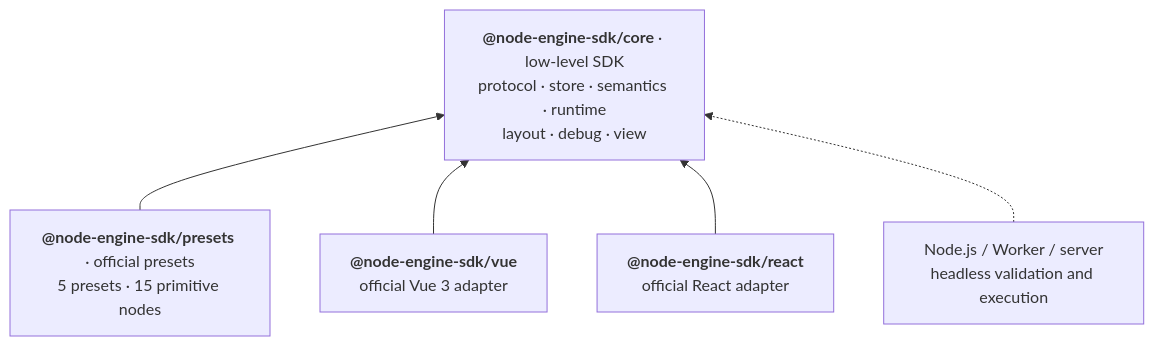
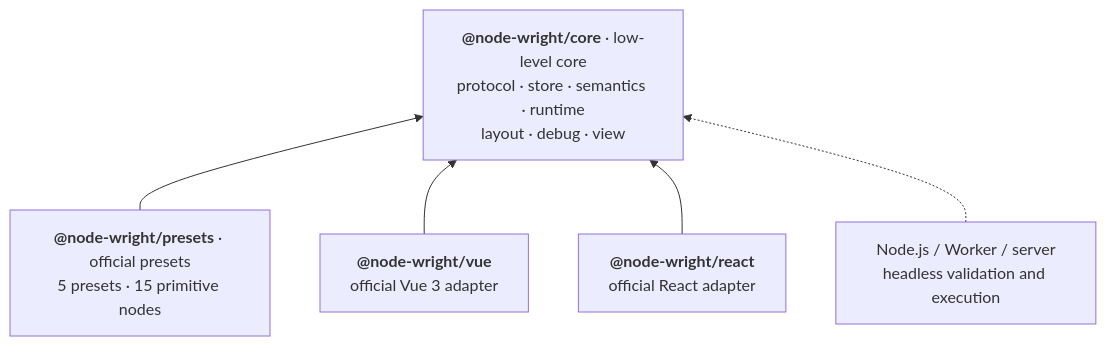
One commit to ruoyu-lab/node-engine-sdk changed the diagram in README.md. Above: the diagram before and after it, drawn with Mermaid. The commit also changed other lines of this file and 298 other files, not shown here.

First line of the commit message:
chore: publish as Node Wright

````diff
--- a/README.md
+++ b/README.md
@@ -111,8 +111,8 @@
 ```mermaid
 flowchart BT
-  core["<b>@node-engine-sdk/core</b> · low-level SDK<br/>protocol · store · semantics · runtime<br/>layout · debug · view"]
-  presets["<b>@node-engine-sdk/presets</b> · official presets<br/>5 presets · 15 primitive nodes"] --> core
-  vue["<b>@node-engine-sdk/vue</b><br/>official Vue 3 adapter"] --> core
-  react["<b>@node-engine-sdk/react</b><br/>official React adapter"] --> core
+  core["<b>@node-wright/core</b> · low-level core<br/>protocol · store · semantics · runtime<br/>layout · debug · view"]
+  presets["<b>@node-wright/presets</b> · official presets<br/>5 presets · 15 primitive nodes"] --> core
+  vue["<b>@node-wright/vue</b><br/>official Vue 3 adapter"] --> core
+  react["<b>@node-wright/react</b><br/>official React adapter"] --> core
   headless["Node.js / Worker / server<br/>headless validation and execution"] -.-> core
 ```
````
